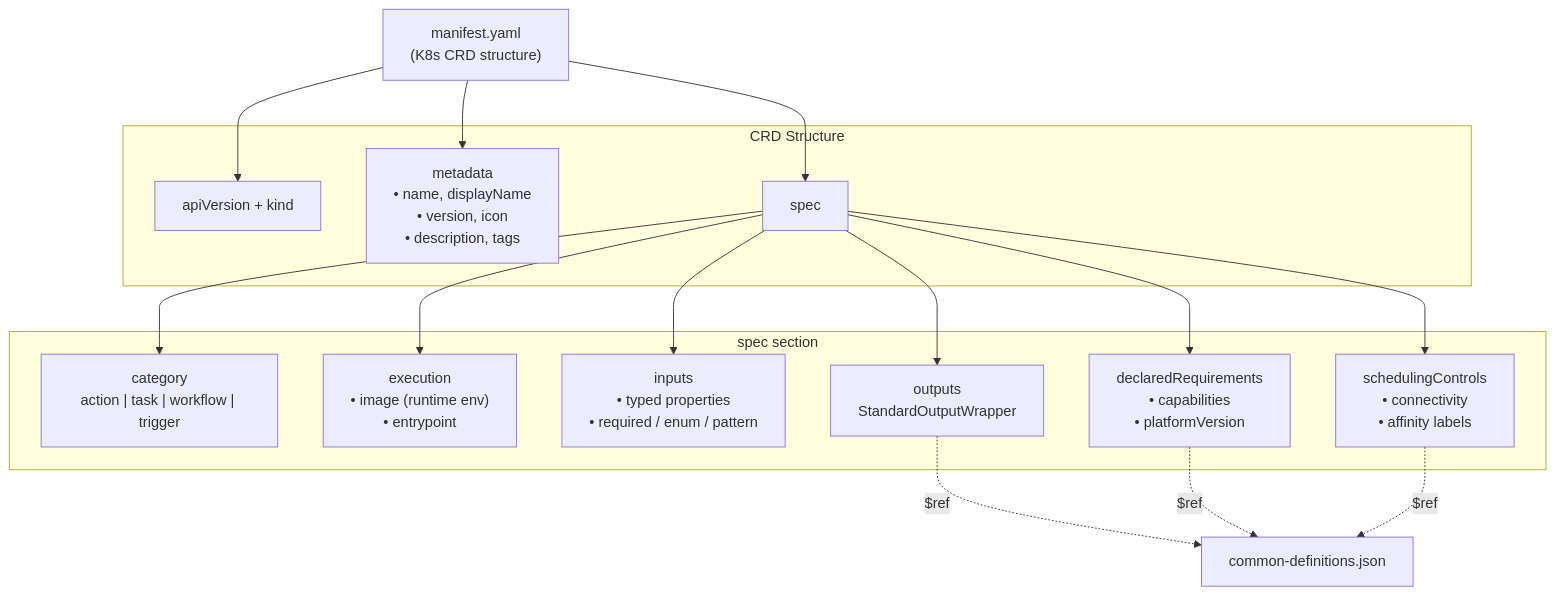
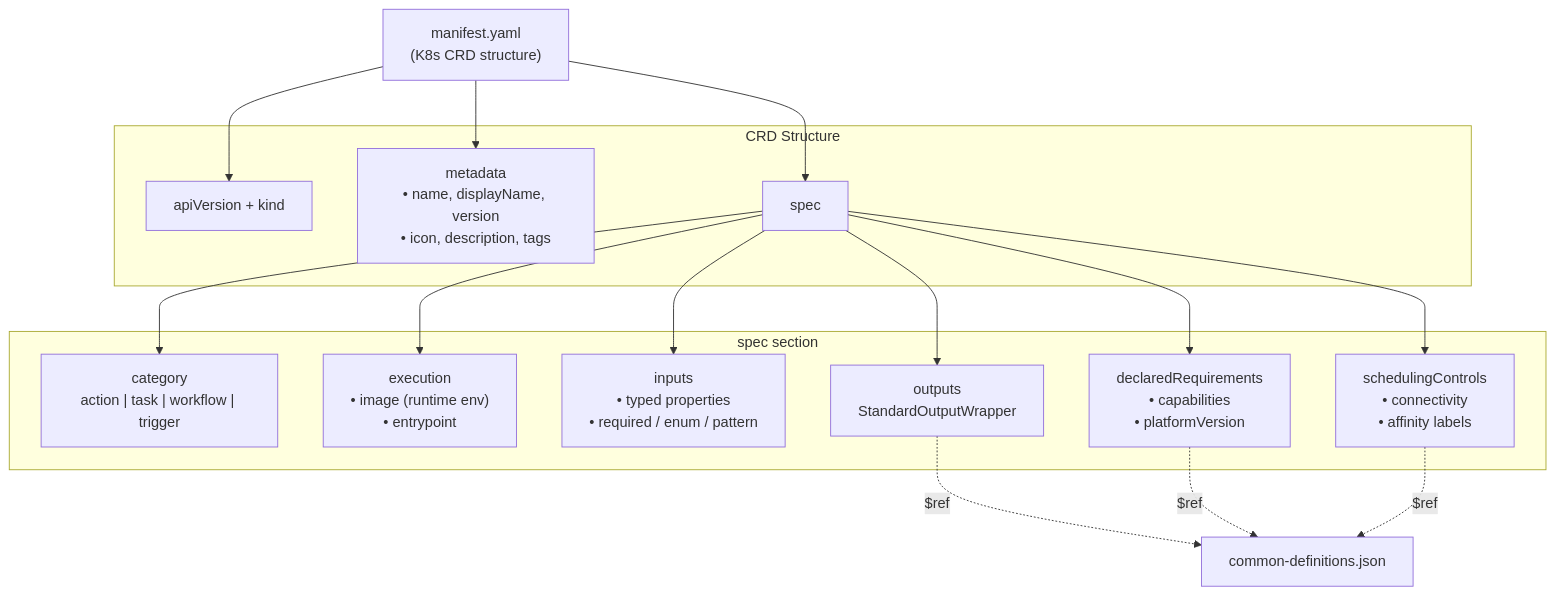
The second of 6 diagrams in docs/architecture.md (syntara-orchestration/syntara-node-sdk), drawn with Mermaid before and after one commit. The commit also changed other lines of this file and 25 other files, not shown here.

````diff
--- a/docs/architecture.md
+++ b/docs/architecture.md
@@ -221,33 +256,33 @@
 ```mermaid
 graph TB
     MANIFEST["manifest.yaml<br/>(K8s CRD structure)"]
 
     subgraph CRD["CRD Structure"]
         API["apiVersion + kind"]
-        META["metadata<br/>• name, displayName<br/>• version, icon<br/>• description, tags"]
+        META["metadata<br/>• name, displayName, version<br/>• icon, description, tags"]
         SPEC["spec"]
     end
 
     subgraph SPEC_CONTENTS["spec section"]
         CLASS["category<br/>action | task | workflow | trigger"]
         EXEC["execution<br/>• image (runtime env)<br/>• entrypoint"]
         INPUTS["inputs<br/>• typed properties<br/>• required / enum / pattern"]
         OUTPUTS["outputs<br/>StandardOutputWrapper"]
         REQS["declaredRequirements<br/>• capabilities<br/>• platformVersion"]
         SCHED["schedulingControls<br/>• connectivity<br/>• affinity labels"]
     end
 
     MANIFEST --> API
     MANIFEST --> META
     MANIFEST --> SPEC
     SPEC --> CLASS
     SPEC --> EXEC
     SPEC --> INPUTS
     SPEC --> OUTPUTS
     SPEC --> REQS
     SPEC --> SCHED
 
     OUTPUTS -.->|$ref| CD["common-definitions.json"]
     REQS -.->|$ref| CD
     SCHED -.->|$ref| CD
 ```
````
